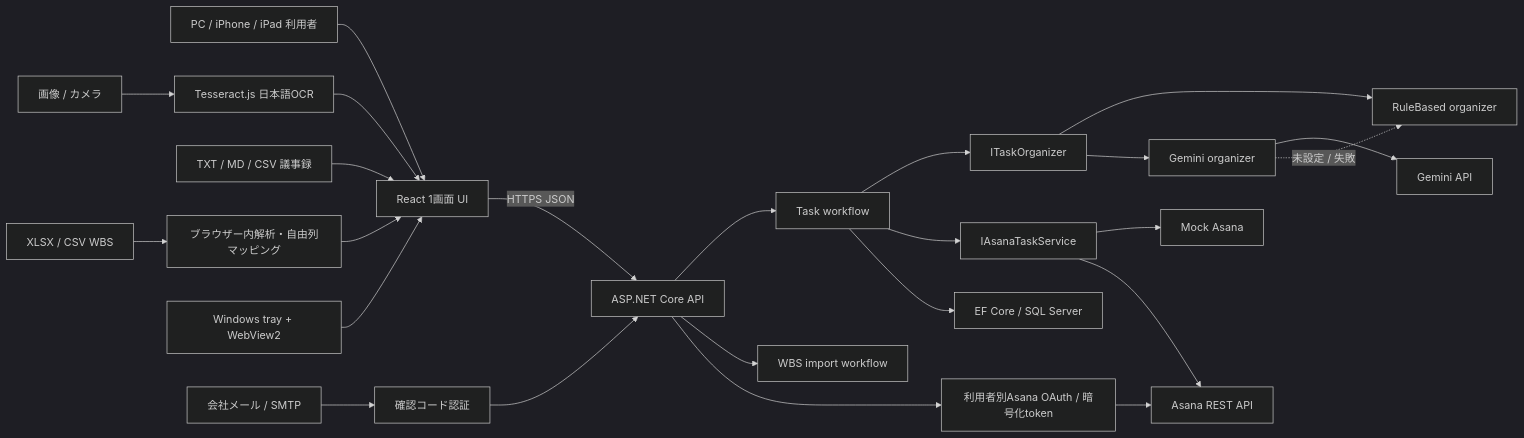
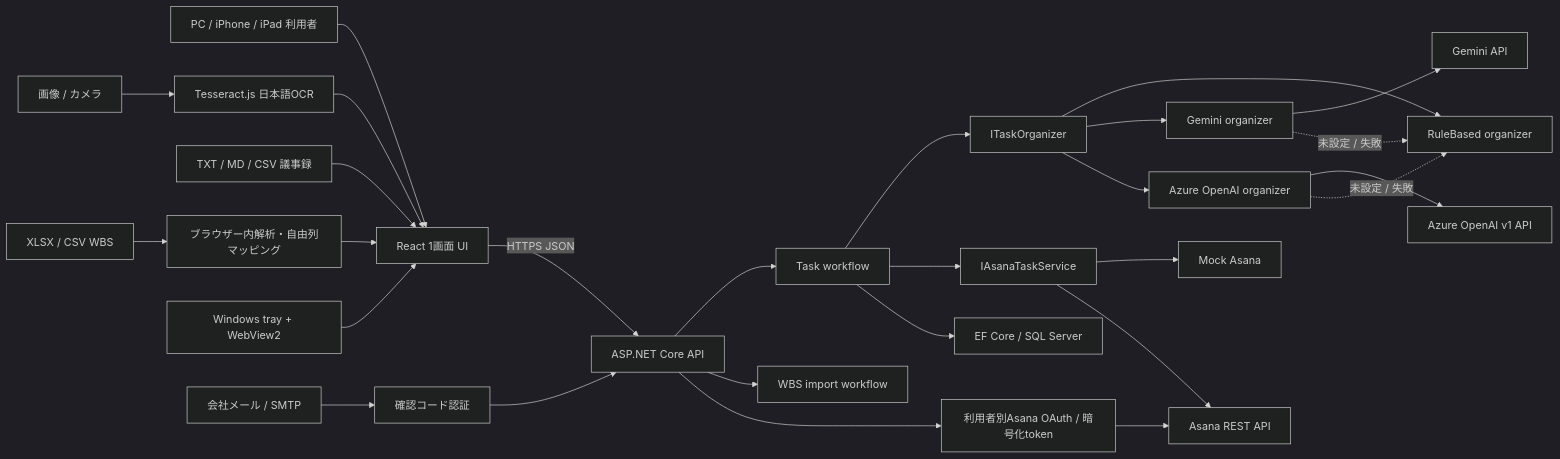
The first of 4 diagrams in ARCHITECTURE.md (onishichimaki/Asana_App), drawn with Mermaid (dark theme) before and after one commit. The commit also changed other lines of this file and 34 other files, not shown here.

First line of the commit message:
会社メール認証・Asana OAuth・Azure OpenAIの本番準備を完成 (#11)

````diff
--- a/ARCHITECTURE.md
+++ b/ARCHITECTURE.md
@@ -7,24 +7,27 @@
 ```mermaid
 flowchart LR
     User["PC / iPhone / iPad 利用者"] --> Web["React 1画面 UI"]
     Image["画像 / カメラ"] --> Ocr["Tesseract.js 日本語OCR"] --> Web
     Minutes["TXT / MD / CSV 議事録"] --> Web
     Wbs["XLSX / CSV WBS"] --> Parse["ブラウザー内解析・自由列マッピング"] --> Web
     Tray["Windows tray + WebView2"] --> Web
     Web -->|HTTPS JSON| Api["ASP.NET Core API"]
     Email["会社メール / SMTP"] --> Auth["確認コード認証"]
     Auth --> Api
     Api --> Workflow["Task workflow"]
     Api --> WbsWorkflow["WBS import workflow"]
     Workflow --> Organizer["ITaskOrganizer"]
     Workflow --> Asana["IAsanaTaskService"]
     Workflow --> Db["EF Core / SQL Server"]
     Organizer --> Rule["RuleBased organizer"]
     Organizer --> Gemini["Gemini organizer"]
+    Organizer --> Azure["Azure OpenAI organizer"]
     Gemini --> GeminiApi["Gemini API"]
+    Azure --> AzureApi["Azure OpenAI v1 API"]
     Gemini -. "未設定 / 失敗" .-> Rule
+    Azure -. "未設定 / 失敗" .-> Rule
     Asana --> Mock["Mock Asana"]
     Asana --> Real["Asana REST API"]
     Api --> OAuth["利用者別Asana OAuth / 暗号化token"]
     OAuth --> Real
 ```
````
